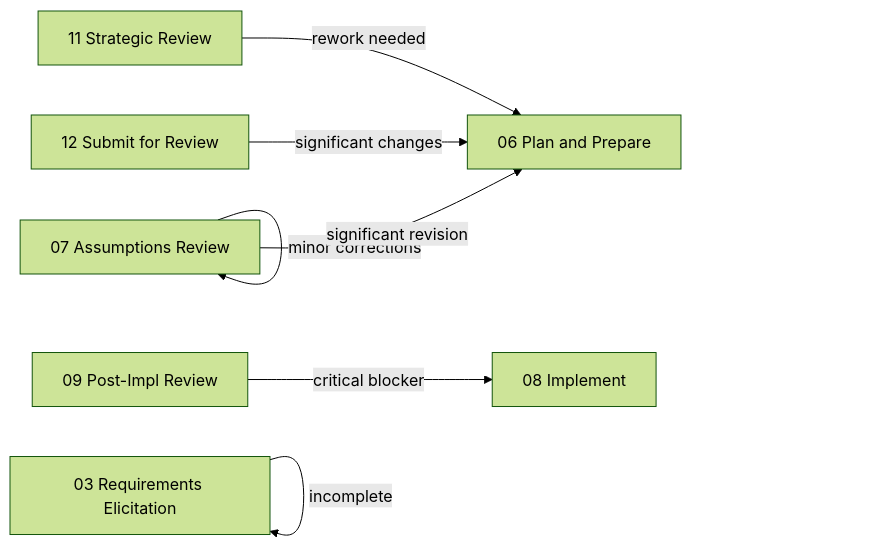
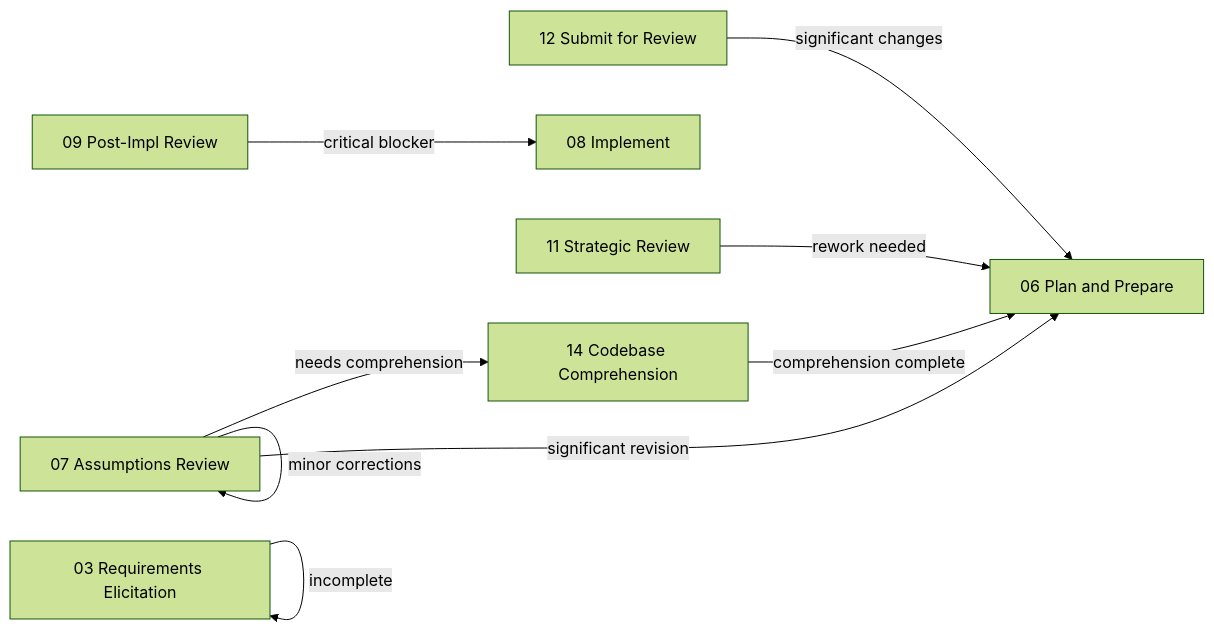
The third of 3 diagrams in work-package/README.md (m2ux/workflow-server), drawn with Mermaid (forest theme) before and after one commit. The commit also changed other lines of this file and 2 other files, not shown here.

First line of the commit message:
feat(work-package): add feedback loop from assumptions-review to codebase-comprehension

````diff
--- a/work-package/README.md
+++ b/work-package/README.md
@@ -224,9 +225,11 @@
 ```mermaid
 graph LR
     assumptionsReview["07 Assumptions Review"] -->|"minor corrections"| assumptionsReview
+    assumptionsReview -->|"needs comprehension"| codebaseComprehension["14 Codebase Comprehension"]
     assumptionsReview -->|"significant revision"| planPrepare["06 Plan and Prepare"]
+    codebaseComprehension -->|"comprehension complete"| planPrepare
     postImplReview["09 Post-Impl Review"] -->|"critical blocker"| implement["08 Implement"]
     strategicReview["11 Strategic Review"] -->|"rework needed"| planPrepare
     submitReview["12 Submit for Review"] -->|"significant changes"| planPrepare
     reqElicit["03 Requirements Elicitation"] -->|"incomplete"| reqElicit
 ```
````
